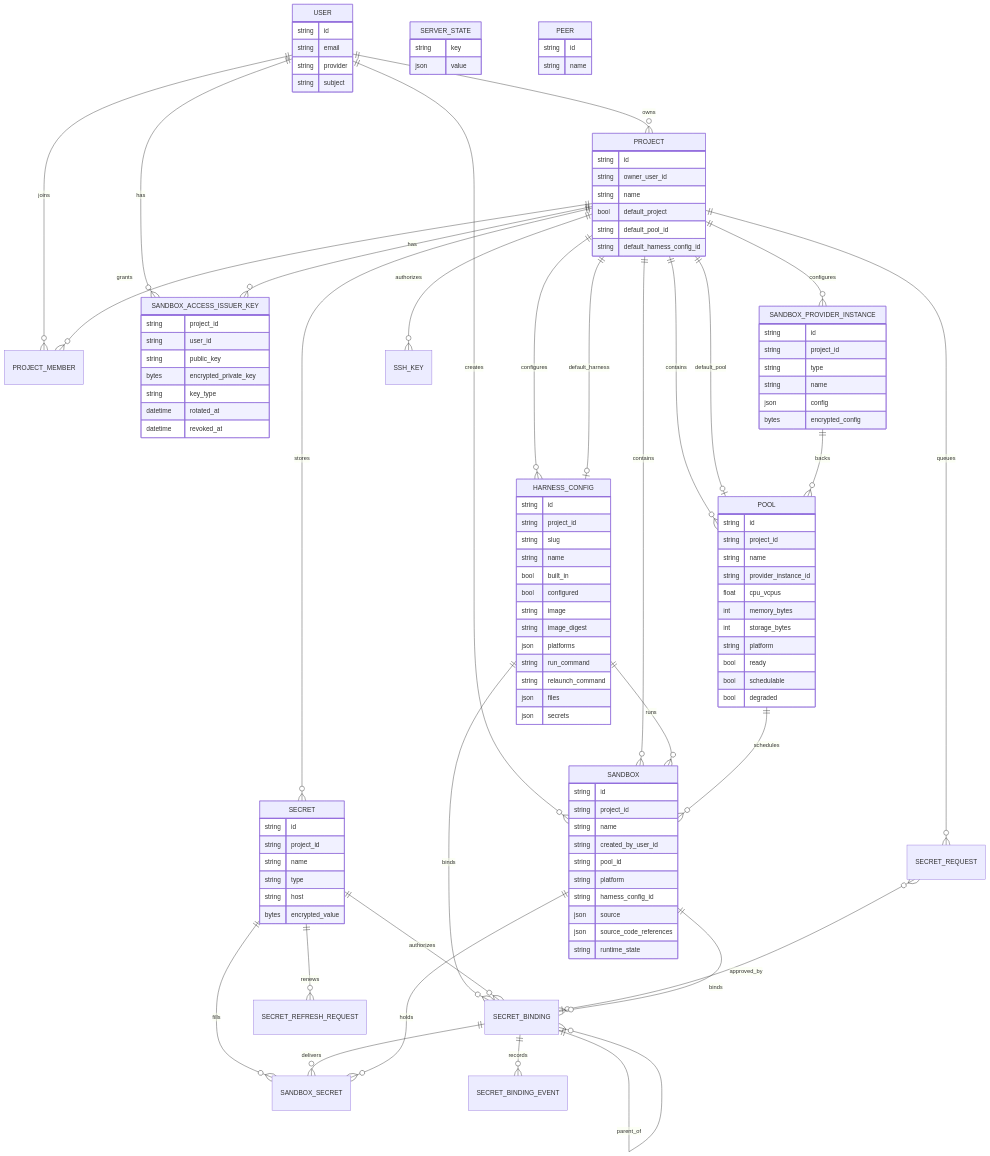
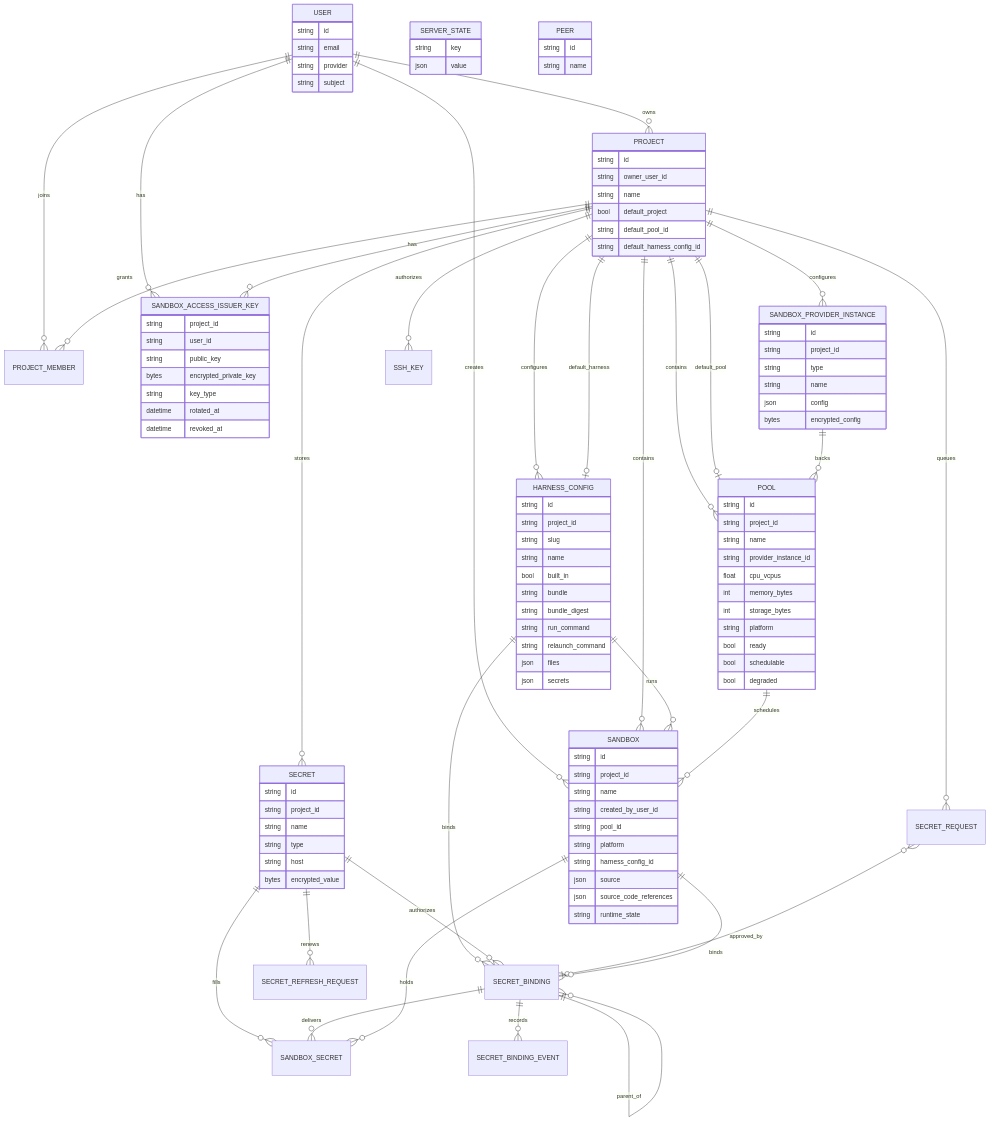
Before and after one commit to discobox-ai/discobox: the diagram in server/internal/model/DESIGN.md, drawn with Mermaid. The commit also changed other lines of this file and 282 other files, not shown here.

```diff
--- a/server/internal/model/DESIGN.md
+++ b/server/internal/model/DESIGN.md
@@ -203,10 +206,8 @@
         string slug
         string name
         bool built_in
-        bool configured
-        string image
-        string image_digest
-        json platforms
+        string bundle
+        string bundle_digest
         string run_command
         string relaunch_command
         json files
```
